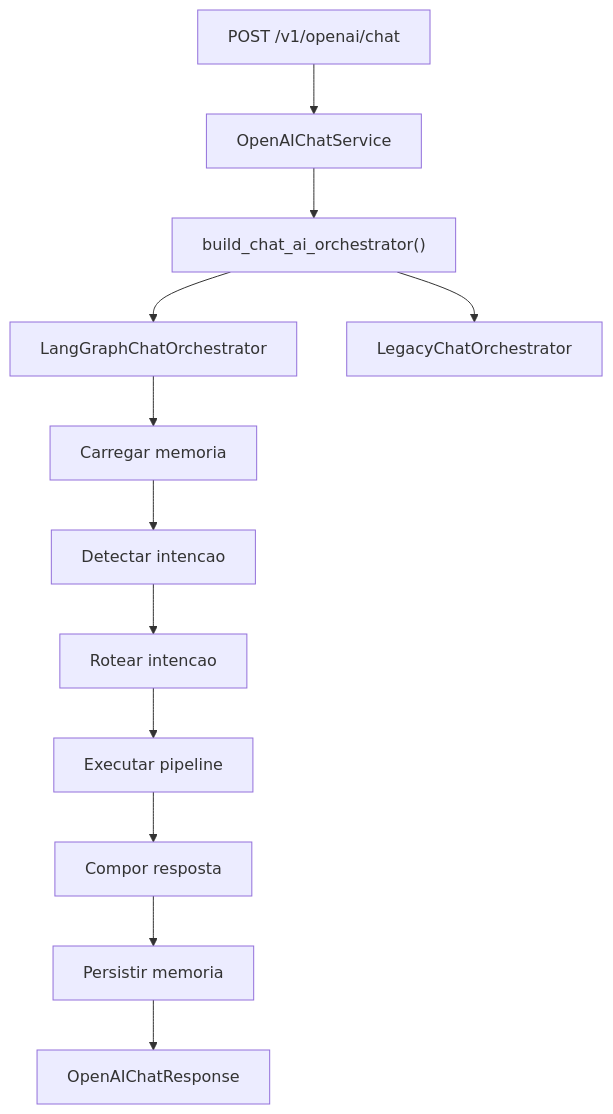
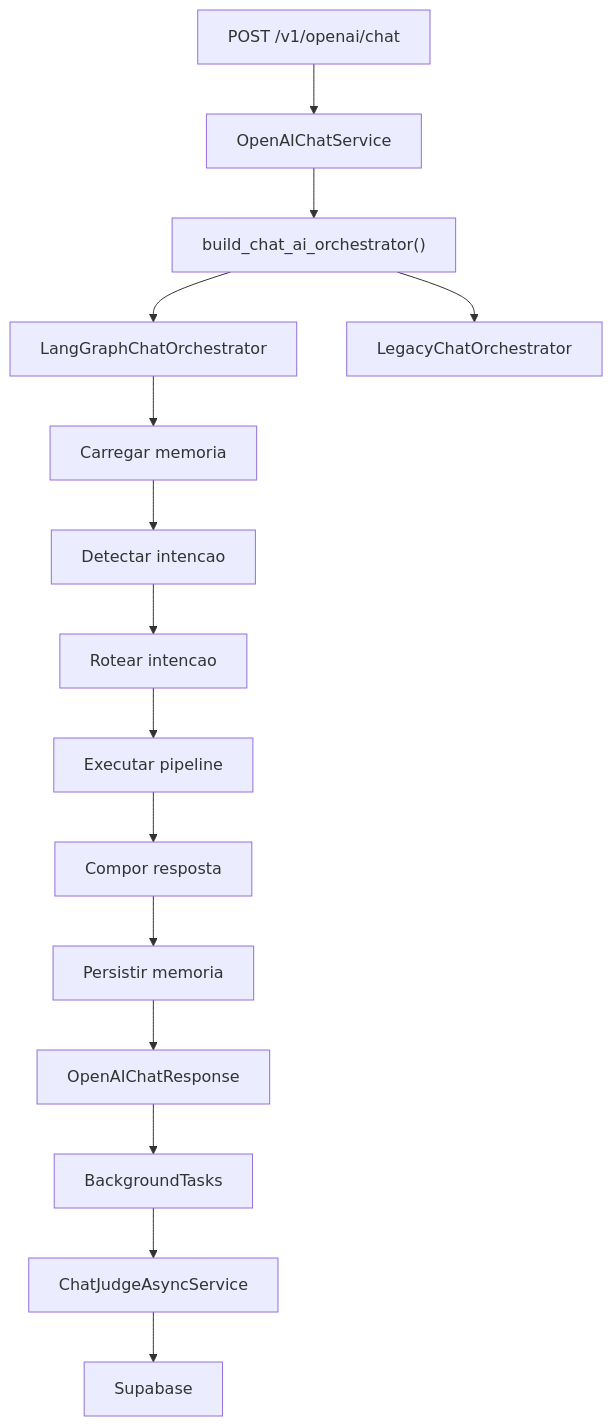
One commit to Boddenberg/vidasync-multiagents-ia changed the second of 7 diagrams in README.md. Above: the diagram before and after it, drawn with Mermaid. The commit also changed other lines of this file, not shown here.

Commit message:
Expand README with chat and judge architecture

````diff
--- a/README.md
+++ b/README.md
@@ -177,15 +215,18 @@
 ```mermaid
 flowchart TD
     A["POST /v1/openai/chat"] --> B["OpenAIChatService"]
     B --> C["build_chat_ai_orchestrator()"]
     C --> D["LangGraphChatOrchestrator"]
     C --> E["LegacyChatOrchestrator"]
 
     D --> F["Carregar memoria"]
     F --> G["Detectar intencao"]
     G --> H["Rotear intencao"]
     H --> I["Executar pipeline"]
     I --> J["Compor resposta"]
     J --> K["Persistir memoria"]
     K --> L["OpenAIChatResponse"]
+    L --> M["BackgroundTasks"]
+    M --> N["ChatJudgeAsyncService"]
+    N --> O["Supabase"]
 ```
````
